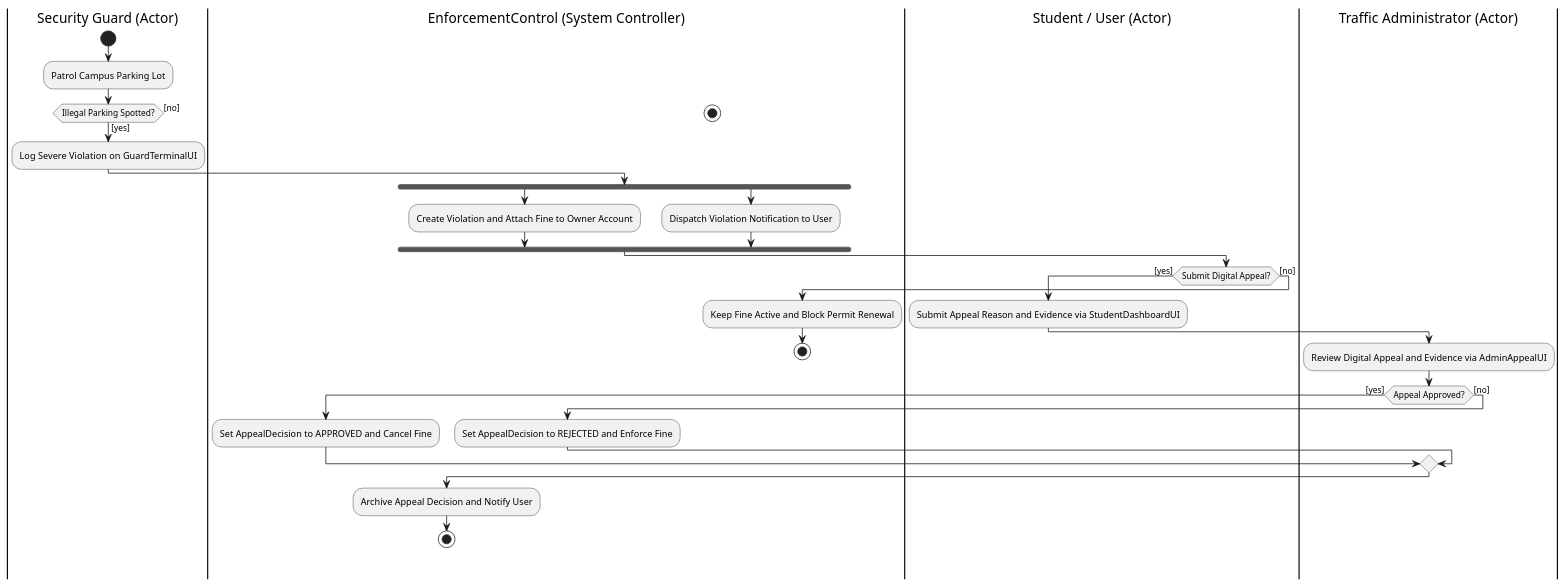
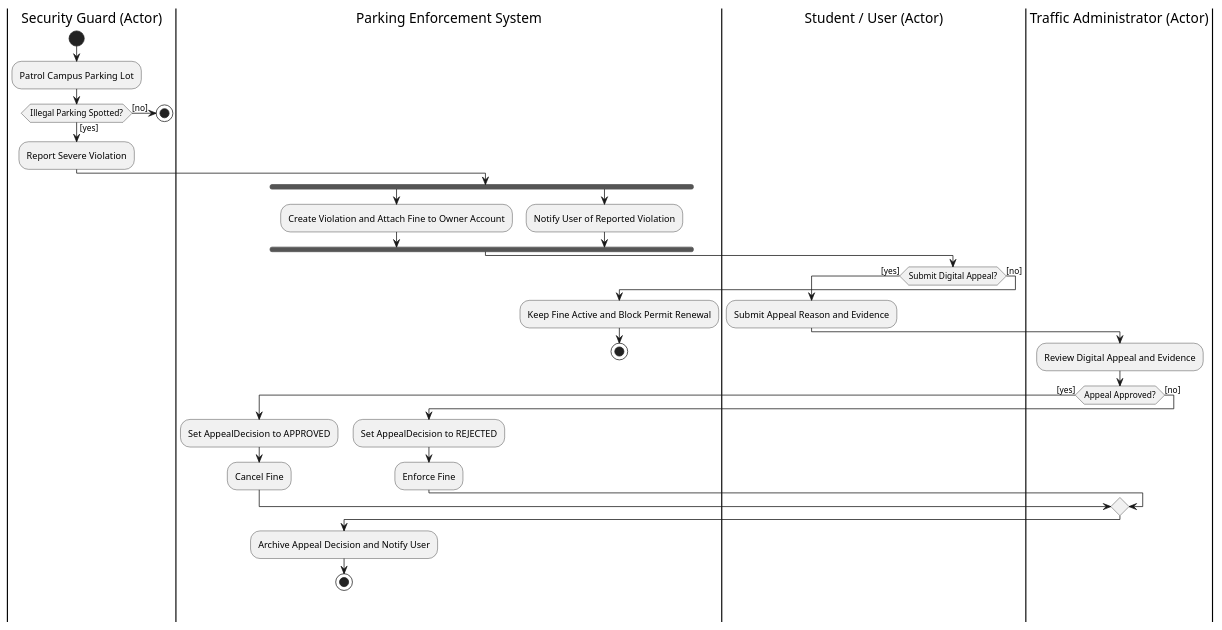
The diagram in diagrams/activity_appeal.puml (mayarserhan/Ex4_SmartParking_Design), drawn with PlantUML before and after one commit. The commit also changed 3 other files, not shown here.

Commit message:
Activity diagram + PlantUML files final version

```diff
--- a/diagrams/activity_appeal.puml
+++ b/diagrams/activity_appeal.puml
@@ -1,43 +1,50 @@
 @startuml
+
 |Security Guard (Actor)|
 start
 :Patrol Campus Parking Lot;
 
 if (Illegal Parking Spotted?) then ([yes])
-  :Log Severe Violation on GuardTerminalUI;
+  :Report Severe Violation;
 
-  |EnforcementControl (System Controller)|
+  |Parking Enforcement System|
   fork
     :Create Violation and Attach Fine to Owner Account;
   fork again
-    :Dispatch Violation Notification to User;
+    :Notify User of Reported Violation;
   end fork
 
   |Student / User (Actor)|
   if (Submit Digital Appeal?) then ([yes])
-    :Submit Appeal Reason and Evidence via StudentDashboardUI;
+    :Submit Appeal Reason and Evidence;
 
     |Traffic Administrator (Actor)|
-    :Review Digital Appeal and Evidence via AdminAppealUI;
+    :Review Digital Appeal and Evidence;
 
     if (Appeal Approved?) then ([yes])
-      |EnforcementControl (System Controller)|
-      :Set AppealDecision to APPROVED and Cancel Fine;
+      |Parking Enforcement System|
+      :Set AppealDecision to APPROVED;
+      :Cancel Fine;
+
     else ([no])
-      |EnforcementControl (System Controller)|
-      :Set AppealDecision to REJECTED and Enforce Fine;
+      |Parking Enforcement System|
+      :Set AppealDecision to REJECTED;
+      :Enforce Fine;
     endif
 
-    |EnforcementControl (System Controller)|
+    |Parking Enforcement System|
     :Archive Appeal Decision and Notify User;
     stop
+
   else ([no])
-    |EnforcementControl (System Controller)|
+    |Parking Enforcement System|
     :Keep Fine Active and Block Permit Renewal;
     stop
   endif
+
 else ([no])
+  |Security Guard (Actor)|
   stop
 endif
 
 @enduml
```
